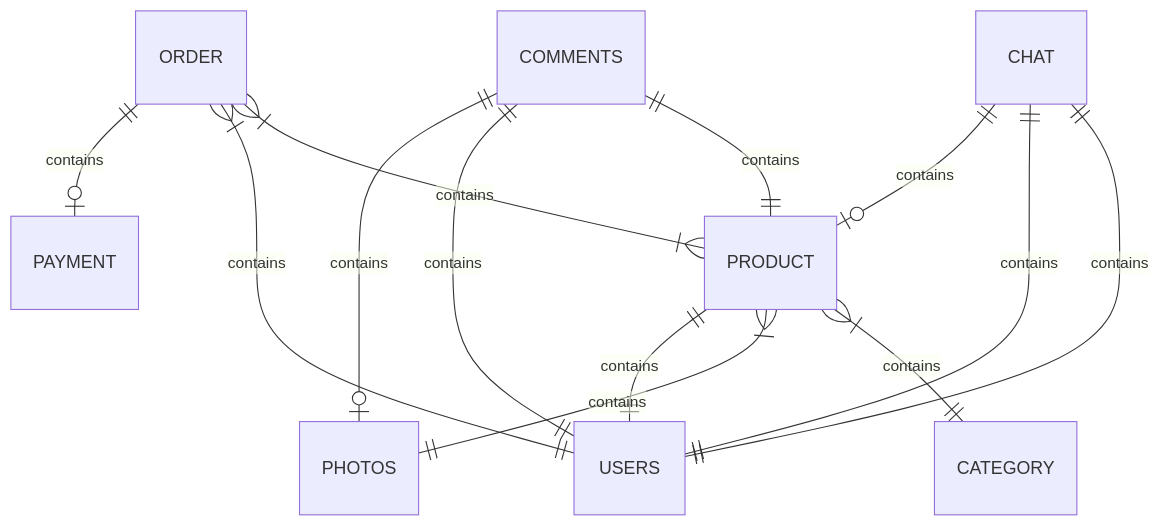
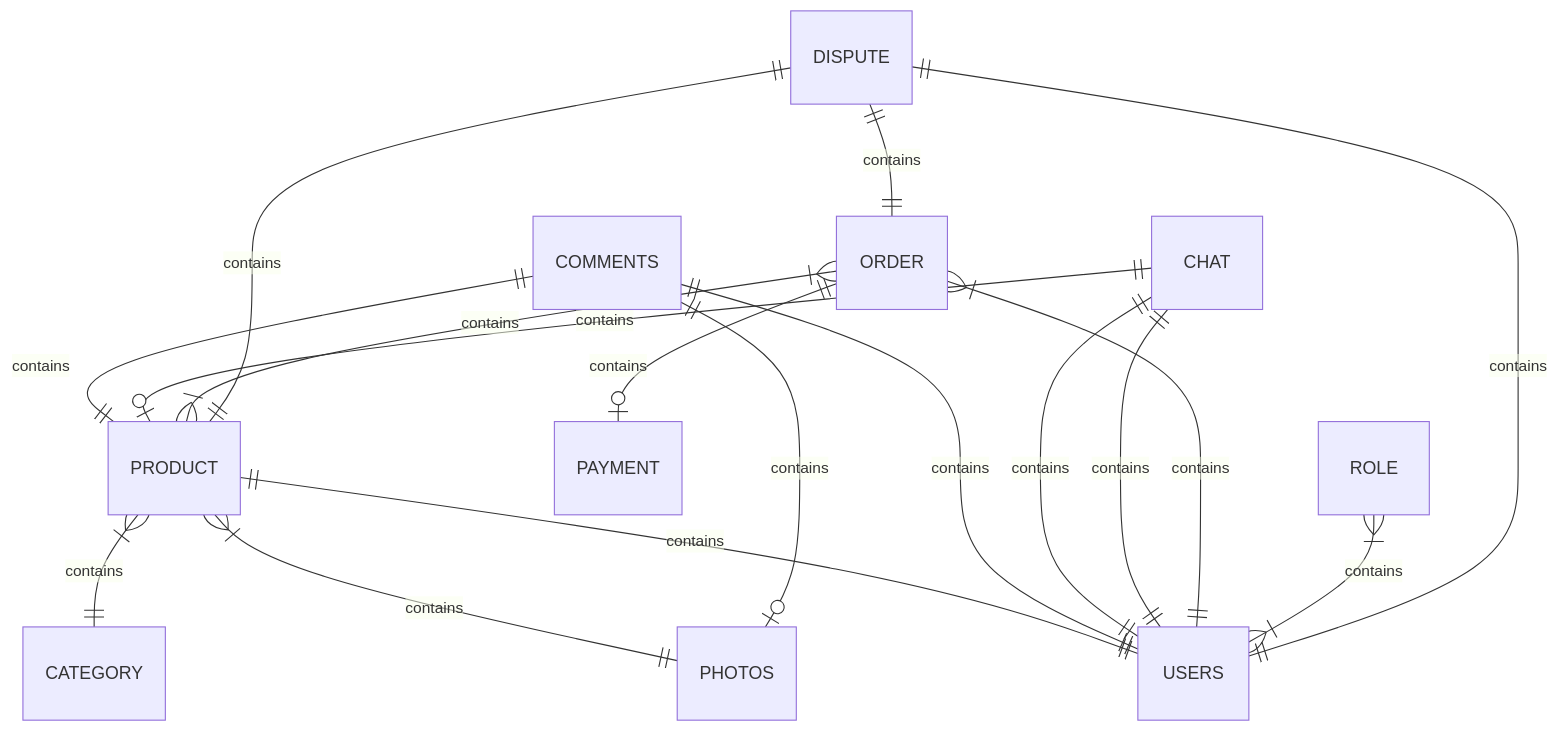
The diagram in README.md (danila0sukhnyak/hps-store), drawn with Mermaid before and after one commit.

````diff
--- a/README.md
+++ b/README.md
@@ -3,18 +3,24 @@
 ```mermaid
     erDiagram
     PRODUCT }|--|| CATEGORY:  contains
     PRODUCT }|--|| PHOTOS:  contains
     PRODUCT ||--|| USERS: contains
 
     COMMENTS ||--|| PRODUCT: contains
     COMMENTS ||--|| USERS: contains
     COMMENTS ||--O| PHOTOS: contains
     
     CHAT ||--|| USERS: contains
     CHAT ||--|| USERS: contains
     CHAT ||--O| PRODUCT: contains
     
     ORDER }|--|{ PRODUCT: contains
     ORDER }|--|| USERS: contains
     ORDER ||--O| PAYMENT: contains
+    
+    ROLE }|--|{ USERS: contains
+    
+    DISPUTE ||--|| ORDER: contains
+    DISPUTE ||--|| PRODUCT: contains
+    DISPUTE ||--|| USERS: contains
 ```
````
